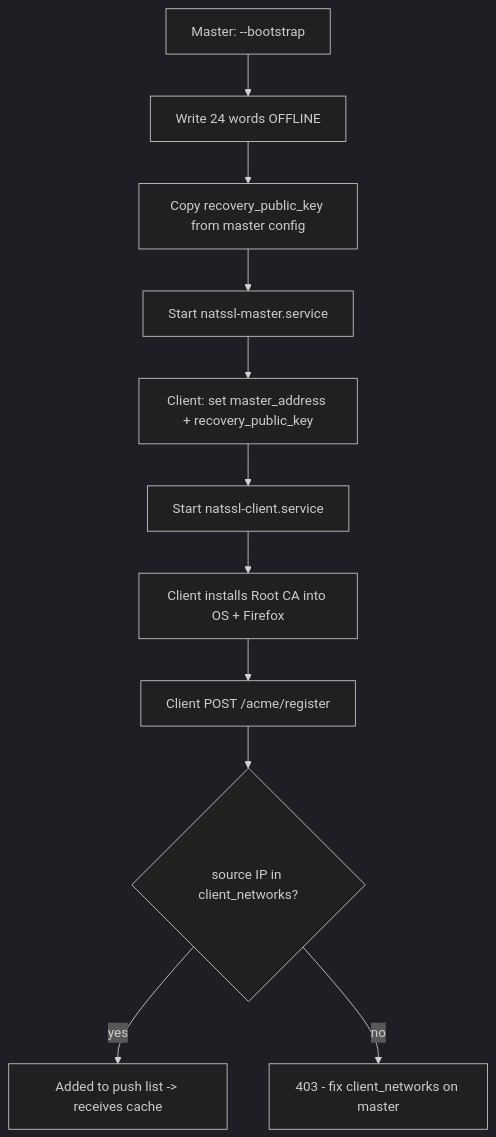
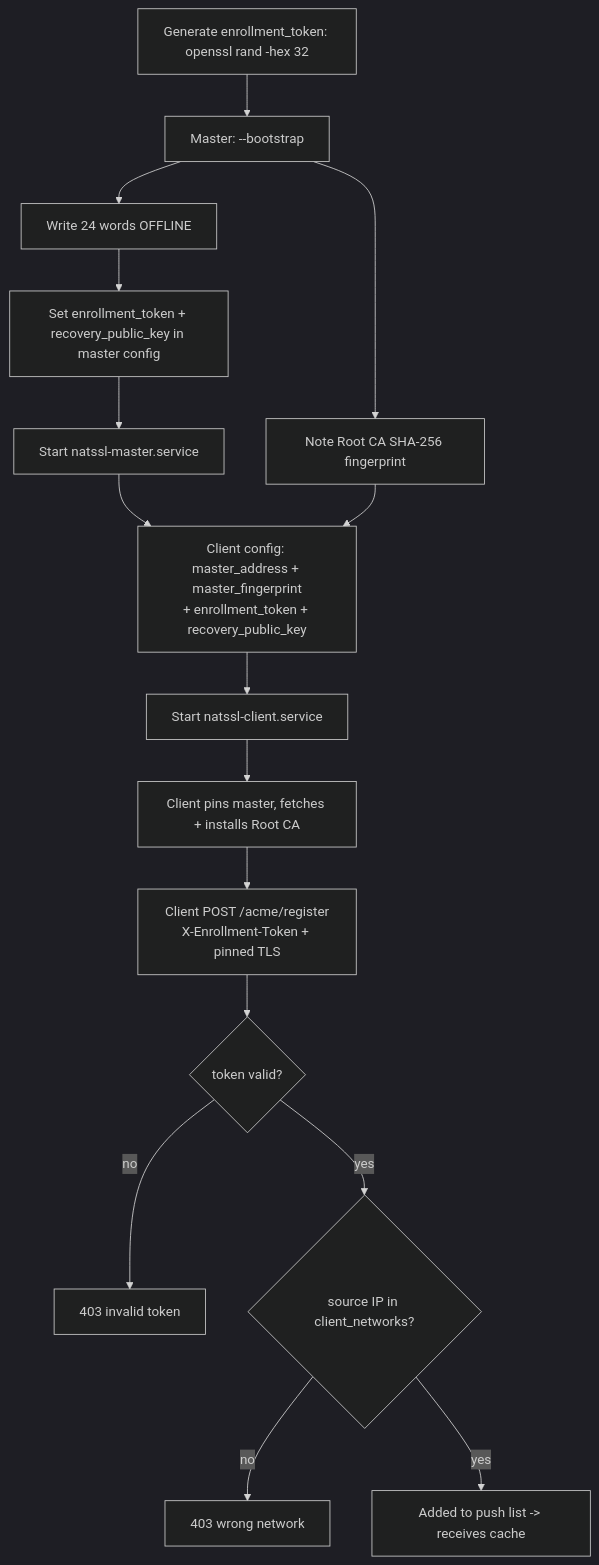
The first of 5 diagrams in docs/DEPLOYMENT.md (iskyneon/natssl), drawn with Mermaid (dark theme) before and after one commit. The commit also changed other lines of this file and 9 other files, not shown here.

Commit message:
Added enrollment token and Root CA pinning 1.0.6

````diff
--- a/docs/DEPLOYMENT.md
+++ b/docs/DEPLOYMENT.md
@@ -156,13 +167,18 @@
 ```mermaid
 flowchart TD
-    A[Master: --bootstrap] --> B[Write 24 words OFFLINE]
-    B --> C[Copy recovery_public_key from master config]
+    T[Generate enrollment_token: openssl rand -hex 32] --> A[Master: --bootstrap]
+    A --> B[Write 24 words OFFLINE]
+    A --> FP[Note Root CA SHA-256 fingerprint]
+    B --> C[Set enrollment_token + recovery_public_key in master config]
     C --> D[Start natssl-master.service]
-    D --> E[Client: set master_address + recovery_public_key]
+    D --> E[Client config: master_address + master_fingerprint<br/>+ enrollment_token + recovery_public_key]
+    FP --> E
     E --> F[Start natssl-client.service]
-    F --> G[Client installs Root CA into OS + Firefox]
-    G --> H[Client POST /acme/register]
-    H --> I{source IP in client_networks?}
-    I -->|yes| J[Added to push list -> receives cache]
-    I -->|no| K[403 - fix client_networks on master]
+    F --> G[Client pins master, fetches + installs Root CA]
+    G --> H[Client POST /acme/register<br/>X-Enrollment-Token + pinned TLS]
+    H --> I{token valid?}
+    I -->|no| K1[403 invalid token]
+    I -->|yes| J{source IP in client_networks?}
+    J -->|no| K2[403 wrong network]
+    J -->|yes| OK[Added to push list -> receives cache]
 ```
````
